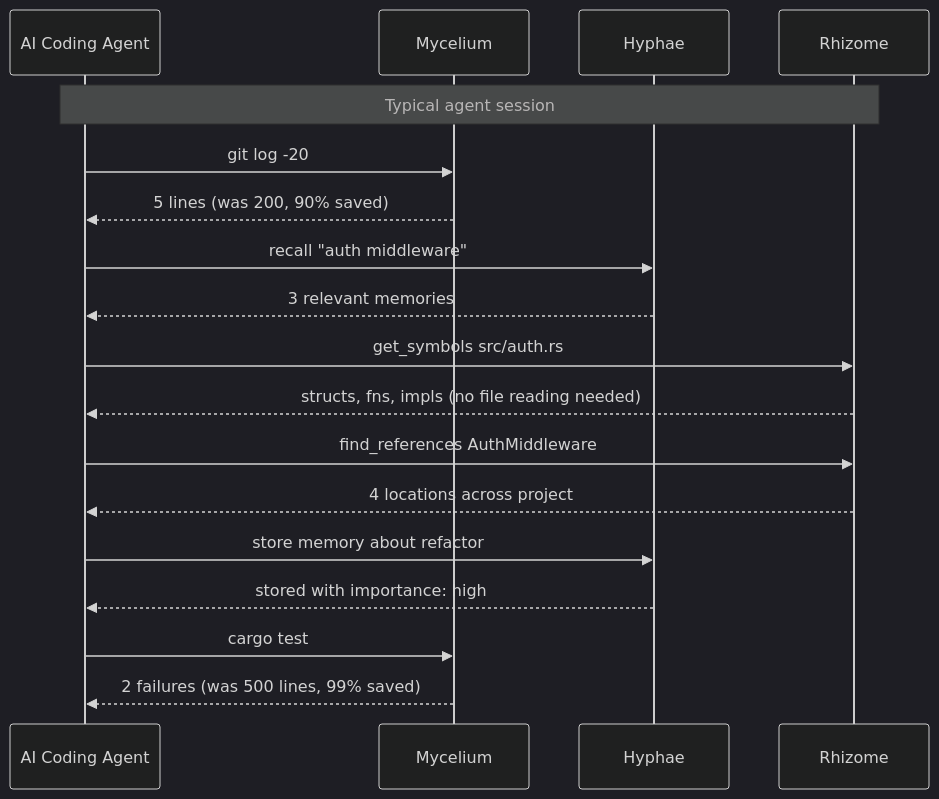
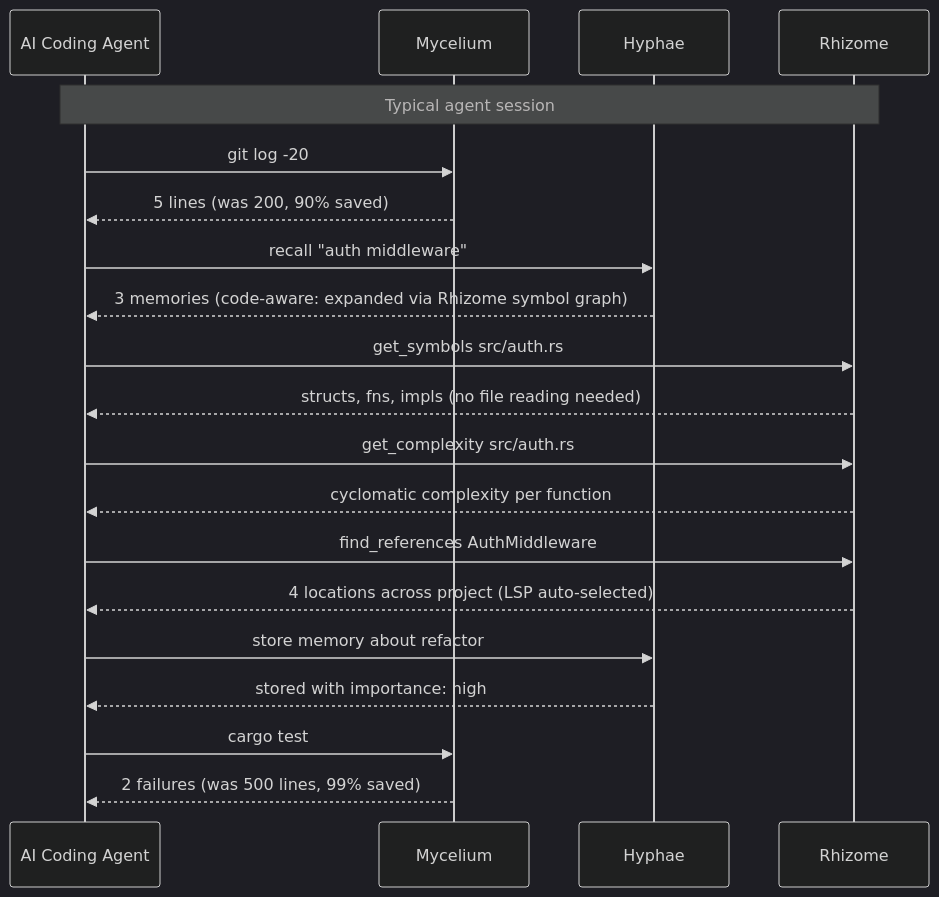
Before and after one commit to basidiocarp/.github: the second of 2 diagrams in profile/README.md, drawn with Mermaid (dark theme). The commit also changed other lines of this file, not shown here.

Commit message:
docs: update rhizome to 26 tools, 32 languages; update mycelium/hyphae descriptions

````diff
--- a/profile/README.md
+++ b/profile/README.md
@@ -88,27 +90,30 @@
 ```mermaid
 sequenceDiagram
     participant Agent as AI Coding Agent
     participant M as Mycelium
     participant H as Hyphae
     participant R as Rhizome
 
     Note over Agent,R: Typical agent session
 
     Agent->>M: git log -20
     M-->>Agent: 5 lines (was 200, 90% saved)
 
     Agent->>H: recall "auth middleware"
-    H-->>Agent: 3 relevant memories
+    H-->>Agent: 3 memories (code-aware: expanded via Rhizome symbol graph)
 
     Agent->>R: get_symbols src/auth.rs
     R-->>Agent: structs, fns, impls (no file reading needed)
 
+    Agent->>R: get_complexity src/auth.rs
+    R-->>Agent: cyclomatic complexity per function
+
     Agent->>R: find_references AuthMiddleware
-    R-->>Agent: 4 locations across project
+    R-->>Agent: 4 locations across project (LSP auto-selected)
 
     Agent->>H: store memory about refactor
     H-->>Agent: stored with importance: high
 
     Agent->>M: cargo test
     M-->>Agent: 2 failures (was 500 lines, 99% saved)
 ```
````
